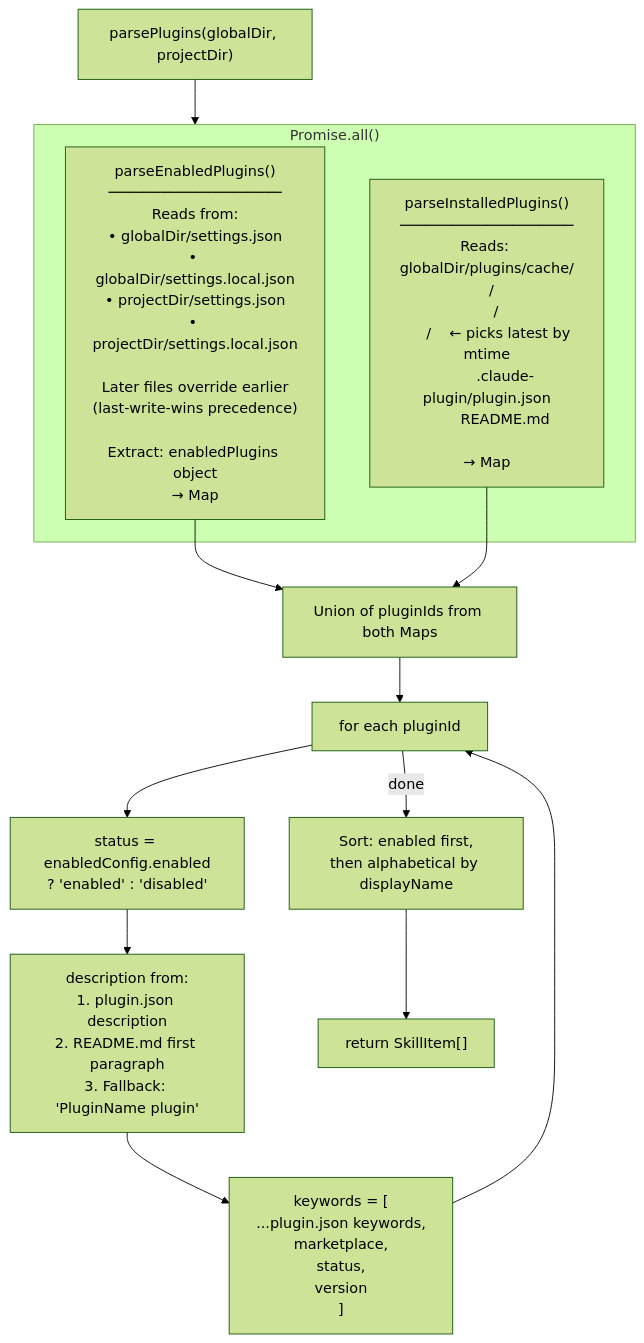
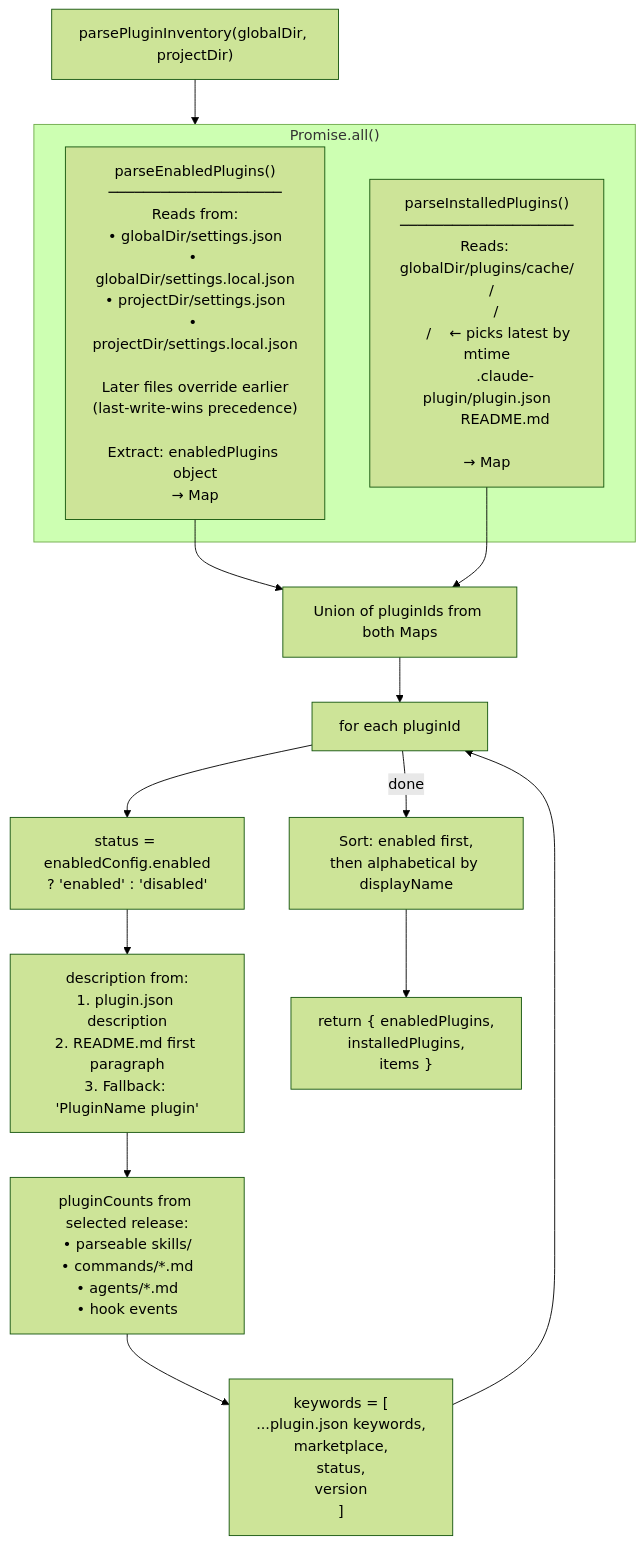
Before and after one commit to blockvoltcr7/claude-config-visualizer: the sixth of 6 diagrams in docs/arch/06-scanner-module.md, drawn with Mermaid (forest theme). The commit also changed other lines of this file and 30 other files, not shown here.

````diff
--- a/docs/arch/06-scanner-module.md
+++ b/docs/arch/06-scanner-module.md
@@ -226,28 +229,30 @@
 ```mermaid
 flowchart TD
-    START["parsePlugins(globalDir, projectDir)"]
+    START["parsePluginInventory(globalDir, projectDir)"]
 
     subgraph Concurrent["Promise.all()"]
         ENABLED["parseEnabledPlugins()\n────────────────────\nReads from:\n• globalDir/settings.json\n• globalDir/settings.local.json\n• projectDir/settings.json\n• projectDir/settings.local.json\n\nLater files override earlier\n(last-write-wins precedence)\n\nExtract: enabledPlugins object\n→ Map<pluginId, {enabled, source, filePath}>"]
 
         INSTALLED["parseInstalledPlugins()\n────────────────────\nReads: globalDir/plugins/cache/\n  <marketplace>/\n    <plugin-name>/\n      <release-dir>/    ← picks latest by mtime\n        .claude-plugin/plugin.json\n        README.md\n\n→ Map<pluginId, InstalledPluginMeta>"]
     end
 
     MERGE["Union of pluginIds from both Maps"]
     LOOP["for each pluginId"]
     STATUS["status = enabledConfig.enabled\n? 'enabled' : 'disabled'"]
     META["description from:\n1. plugin.json description\n2. README.md first paragraph\n3. Fallback: 'PluginName plugin'"]
+    COUNTS["pluginCounts from selected release:\n• parseable skills/\n• commands/*.md\n• agents/*.md\n• hook events"]
     KEYWORDS["keywords = [\n  ...plugin.json keywords,\n  marketplace,\n  status,\n  version\n]"]
     SORT["Sort: enabled first,\nthen alphabetical by displayName"]
-    RETURN["return SkillItem[]"]
+    RETURN["return { enabledPlugins,\ninstalledPlugins,\nitems }"]
 
     START --> Concurrent
     ENABLED & INSTALLED --> MERGE
     MERGE --> LOOP
     LOOP --> STATUS
     STATUS --> META
-    META --> KEYWORDS
+    META --> COUNTS
+    COUNTS --> KEYWORDS
     KEYWORDS --> LOOP
     LOOP -->|"done"| SORT
     SORT --> RETURN
 ```
````
